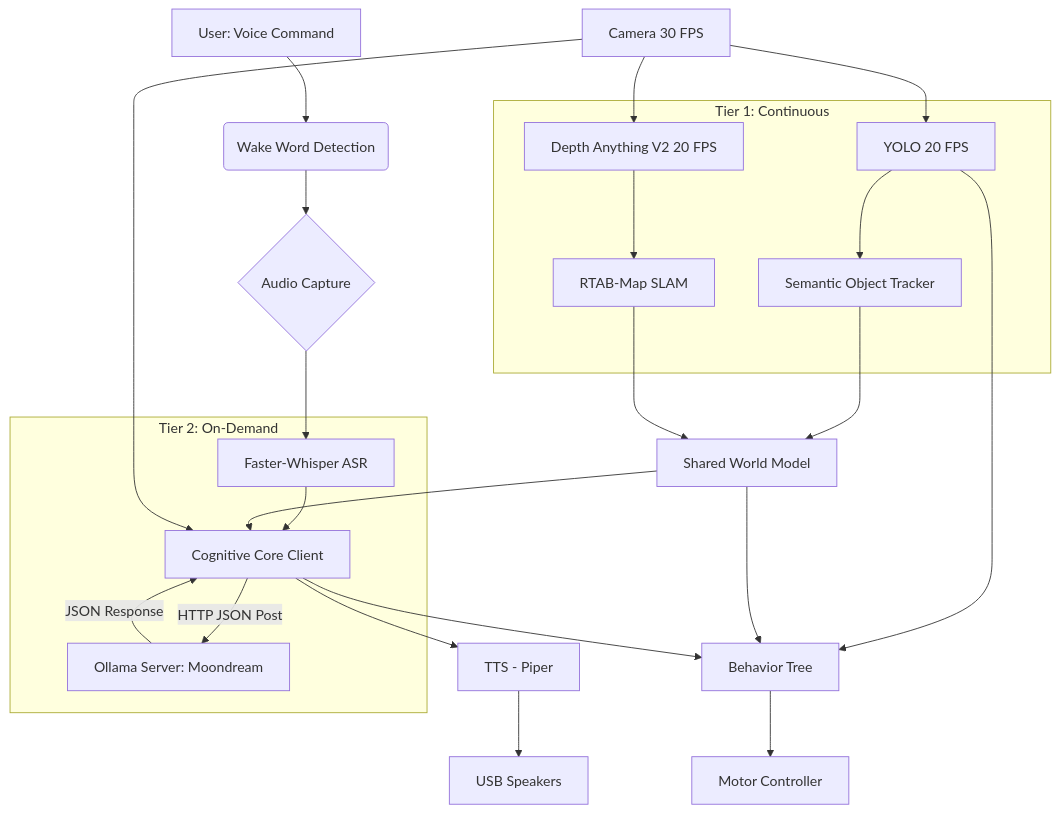
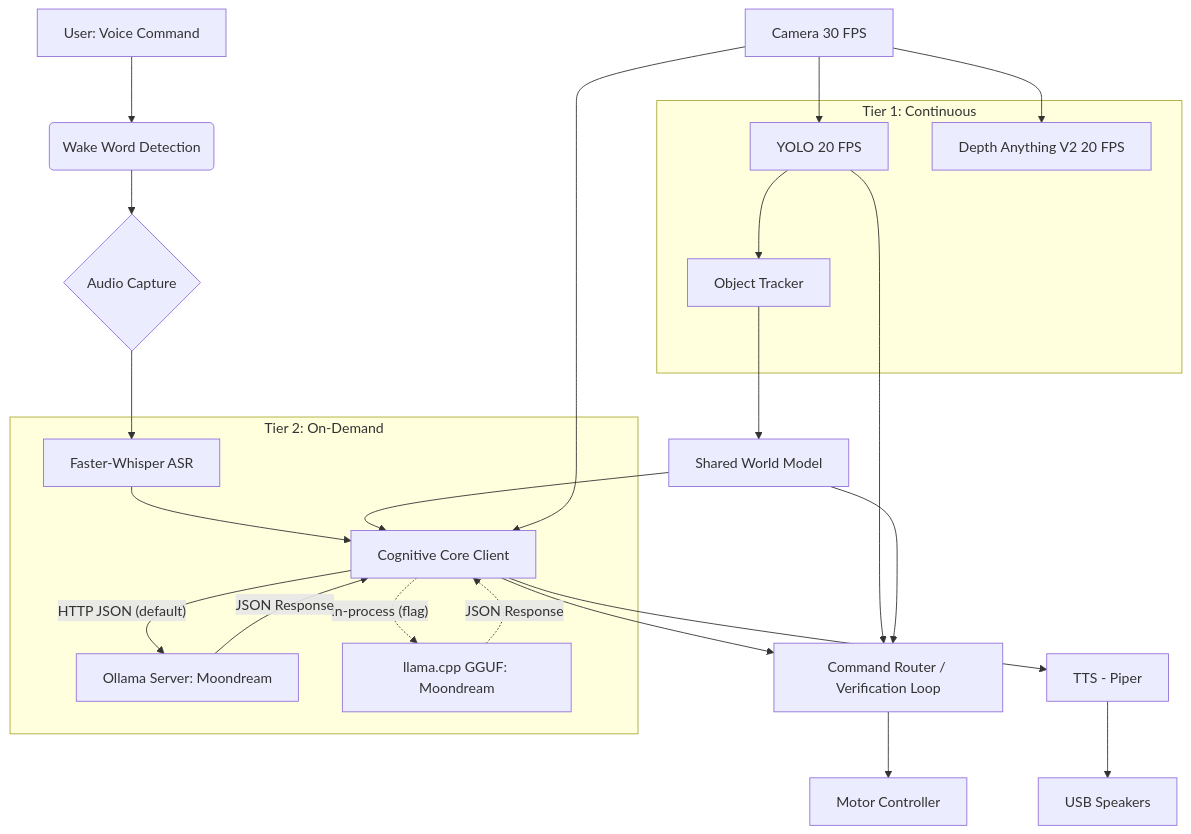
Before and after one commit to ImanolGo/local-ai-robot-assistant: the diagram in docs/architecture.md, drawn with Mermaid. The commit also changed other lines of this file and 9 other files, not shown here.

Commit message:
Docs: descope SLAM/localization and BehaviorTree for v4.0 MVP; trim Plan.md to completed record

````diff
--- a/docs/architecture.md
+++ b/docs/architecture.md
@@ -45,43 +54,43 @@
 ```mermaid
 graph TD
     A[User: Voice Command] --> B(Wake Word Detection)
     B --> C{Audio Capture}
     C --> D[Faster-Whisper ASR]
 
     E[Camera 30 FPS] --> F[YOLO 20 FPS]
     E --> G[Depth Anything V2 20 FPS]
-    F --> H[Semantic Object Tracker]
-    G --> I[RTAB-Map SLAM]
+    F --> H[Object Tracker]
 
     H --> K[Shared World Model]
-    I --> K
 
     D --> J[Cognitive Core Client]
     K --> J
     E --> J
 
-    J -- HTTP JSON Post --> O[Ollama Server: Moondream]
+    J -- HTTP JSON (default) --> O[Ollama Server: Moondream]
+    J -. in-process (flag) .-> O2[llama.cpp GGUF: Moondream]
     O -- JSON Response --> J
+    O2 -. JSON Response .-> J
 
-    J --> L[Behavior Tree]
+    J --> L[Command Router / Verification Loop]
     F --> L
     K --> L
 
     L --> M[Motor Controller]
 
     J --> P[TTS - Piper]
     P --> Q[USB Speakers]
 
     subgraph "Tier 1: Continuous"
         F
         G
         H
-        I
     end
 
     subgraph "Tier 2: On-Demand"
         D
         J
         O
+        O2
     end
 ```
````
